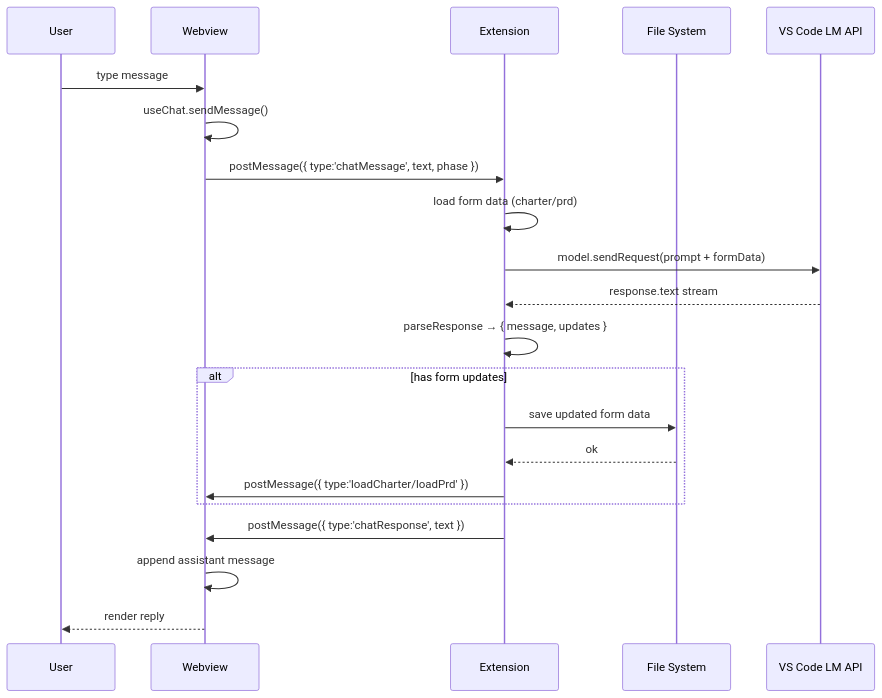
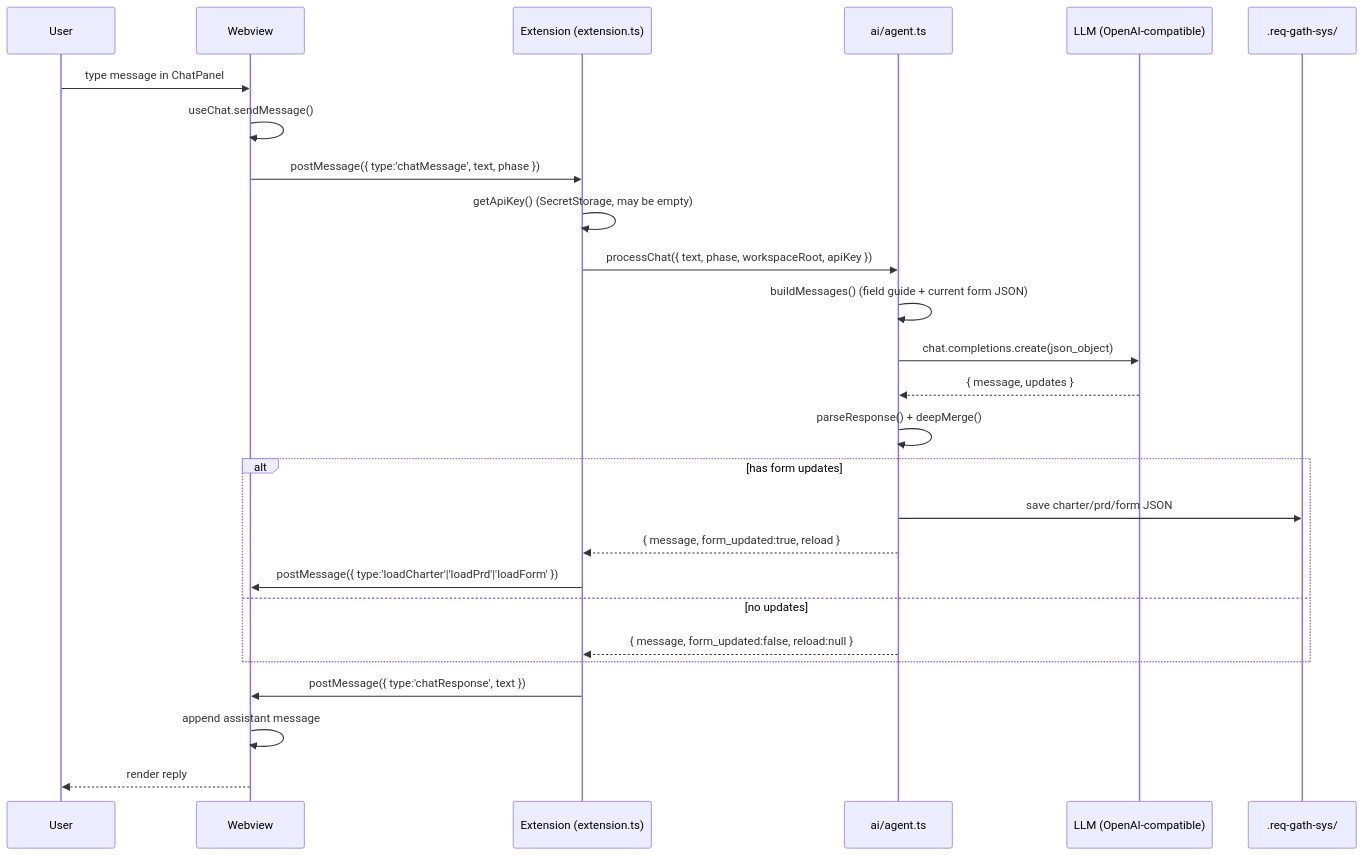
Before and after one commit to MoneebbYCh/CharterAi: the second of 4 diagrams in ARCHITECTURE.md, drawn with Mermaid. The commit also changed other lines of this file and 33 other files, not shown here.

````diff
--- a/ARCHITECTURE.md
+++ b/ARCHITECTURE.md
@@ -93,24 +99,29 @@
 ```mermaid
 sequenceDiagram
   participant U as User
   participant W as Webview
-  participant E as Extension
-  participant FS as File System
-  participant LM as VS Code LM API
+  participant E as Extension (extension.ts)
+  participant A as ai/agent.ts
+  participant LM as LLM (OpenAI-compatible)
+  participant FS as .req-gath-sys/
 
-  U->>W: type message
+  U->>W: type message in ChatPanel
   W->>W: useChat.sendMessage()
   W->>E: postMessage({ type:'chatMessage', text, phase })
-  E->>E: load form data (charter/prd)
-  E->>LM: model.sendRequest(prompt + formData)
-  LM-->>E: response.text stream
-  E->>E: parseResponse → { message, updates }
+  E->>E: getApiKey() (SecretStorage, may be empty)
+  E->>A: processChat({ text, phase, workspaceRoot, apiKey })
+  A->>A: buildMessages() (field guide + current form JSON)
+  A->>LM: chat.completions.create(json_object)
+  LM-->>A: { message, updates }
+  A->>A: parseResponse() + deepMerge()
   alt has form updates
-    E->>FS: save updated form data
-    FS-->>E: ok
-    E->>W: postMessage({ type:'loadCharter/loadPrd' })
+    A->>FS: save charter/prd/form JSON
+    A-->>E: { message, form_updated:true, reload }
+    E->>W: postMessage({ type:'loadCharter'|'loadPrd'|'loadForm' })
+  else no updates
+    A-->>E: { message, form_updated:false, reload:null }
   end
   E->>W: postMessage({ type:'chatResponse', text })
   W->>W: append assistant message
   W-->>U: render reply
 ```
````
